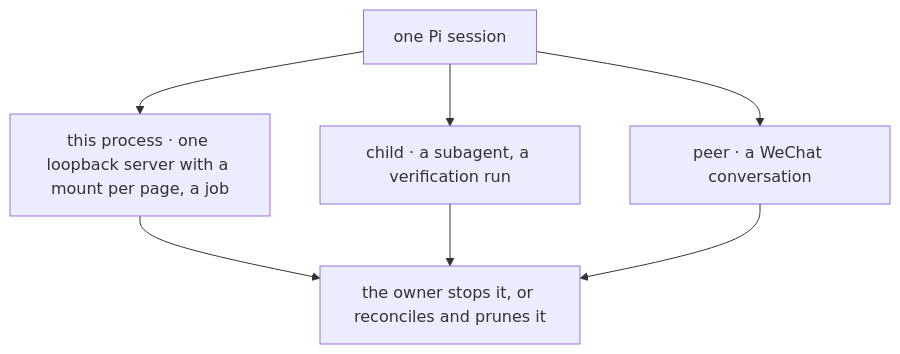
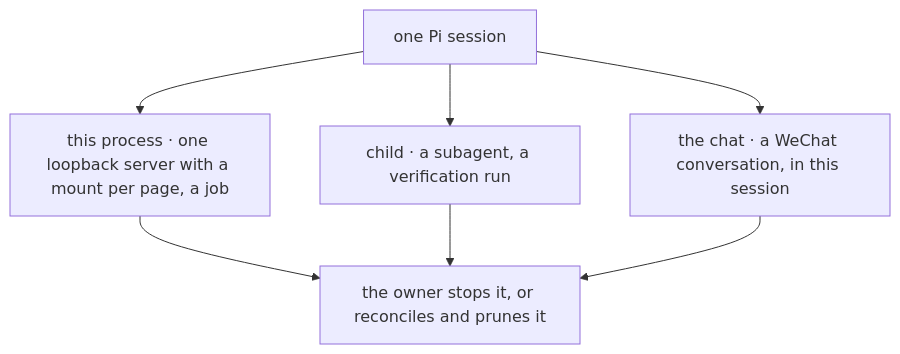
Before and after one commit to gavin-hu/my-pi-agent: the third of 4 diagrams in docs/architecture.md, drawn with Mermaid. The commit also changed other lines of this file and 61 other files, not shown here.

````diff
--- a/docs/architecture.md
+++ b/docs/architecture.md
@@ -281,9 +281,9 @@
 ```mermaid
 flowchart TD
   S["one Pi session"] --> A["this process · one loopback server with a mount per page, a job"]
   S --> B["child · a subagent, a verification run"]
-  S --> C["peer · a WeChat conversation"]
+  S --> C["the chat · a WeChat conversation, in this session"]
   A --> Z["the owner stops it, or reconciles and prunes it"]
   B --> Z
   C --> Z
 ```
````
